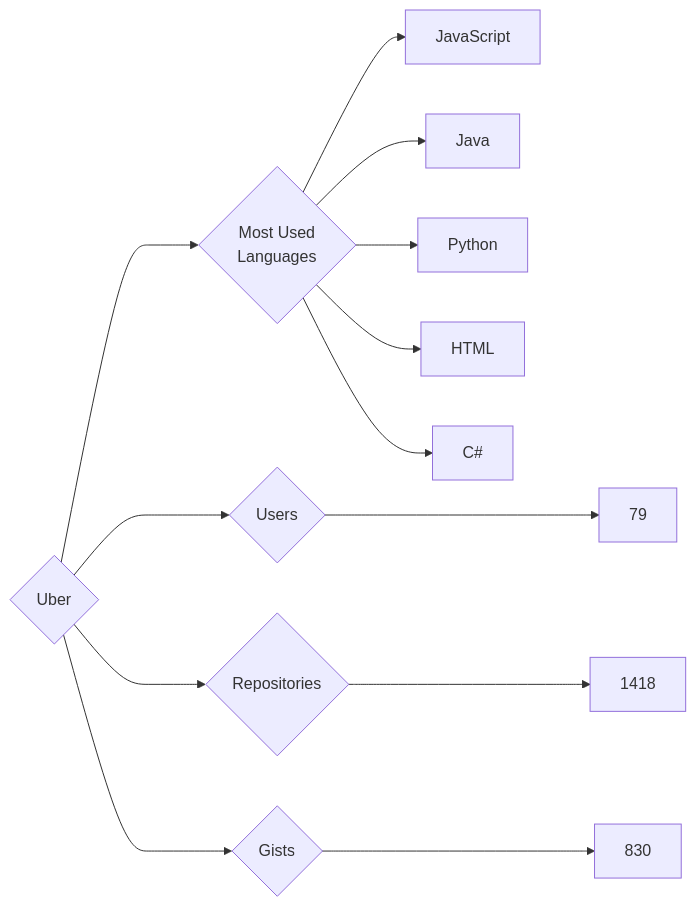
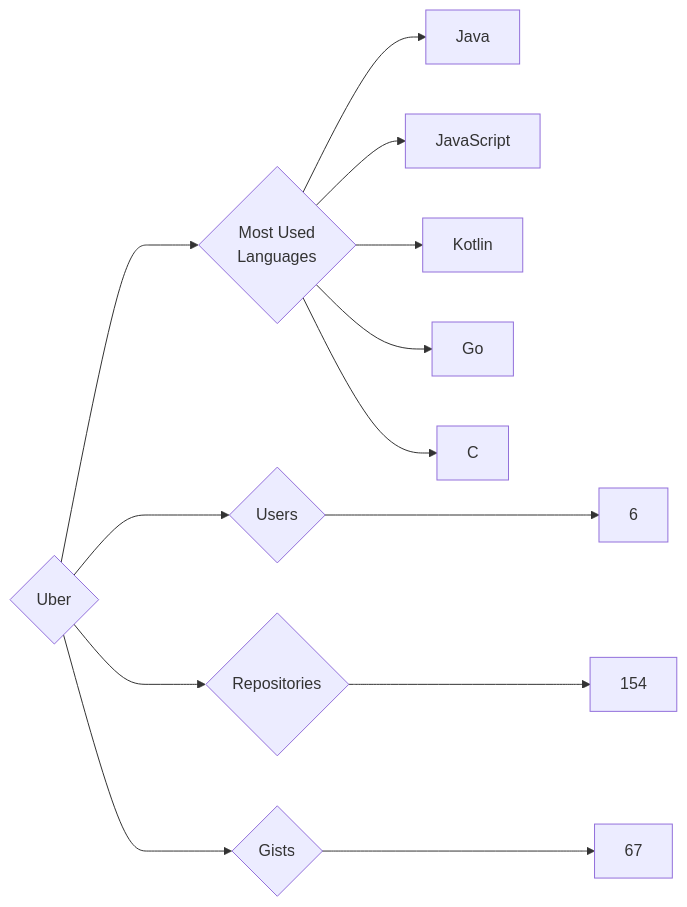
The diagram in targets/Uber/README.md (trickest/insiders), drawn with Mermaid before and after one commit. The commit also changed 964 other files, not shown here.

````diff
--- a/targets/Uber/README.md
+++ b/targets/Uber/README.md
@@ -3,13 +3,13 @@
 ```mermaid
 graph LR
 COMPANY_NAME{Uber}
-COMPANY_NAME ---> U{Users} ---> UN[79]
-COMPANY_NAME ---> R{Repositories} ---> RN[1418]
-COMPANY_NAME ---> G{Gists} ---> GN[830]
+COMPANY_NAME ---> U{Users} ---> UN[6]
+COMPANY_NAME ---> R{Repositories} ---> RN[154]
+COMPANY_NAME ---> G{Gists} ---> GN[67]
 COMPANY_NAME ---> ML{Most Used<br>Languages}
+ML --> Java[Java]
 ML --> JavaScript[JavaScript]
-ML --> Java[Java]
-ML --> Python[Python]
-ML --> HTML[HTML]
-ML --> C#[C#]
+ML --> Kotlin[Kotlin]
+ML --> Go[Go]
+ML --> C[C]
 ```
````
